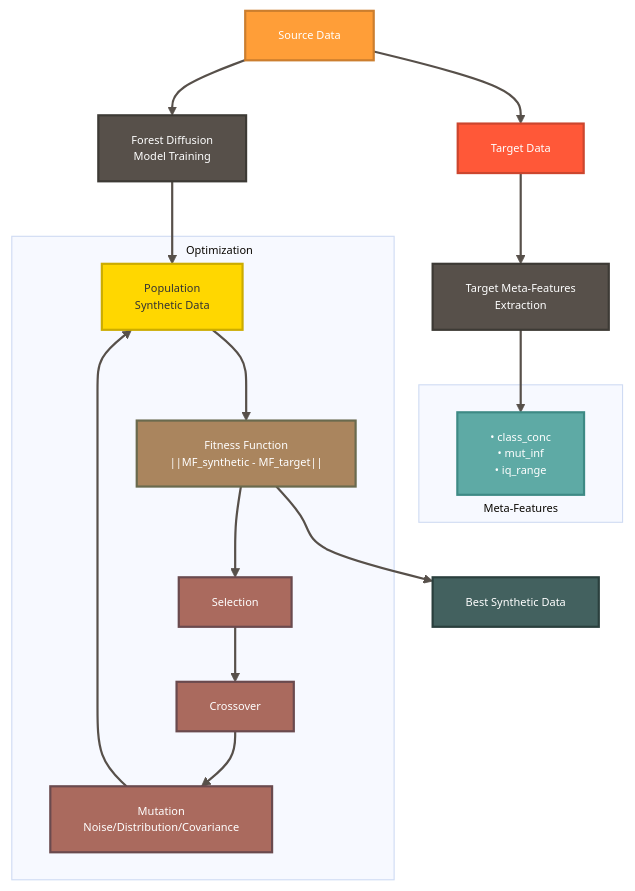
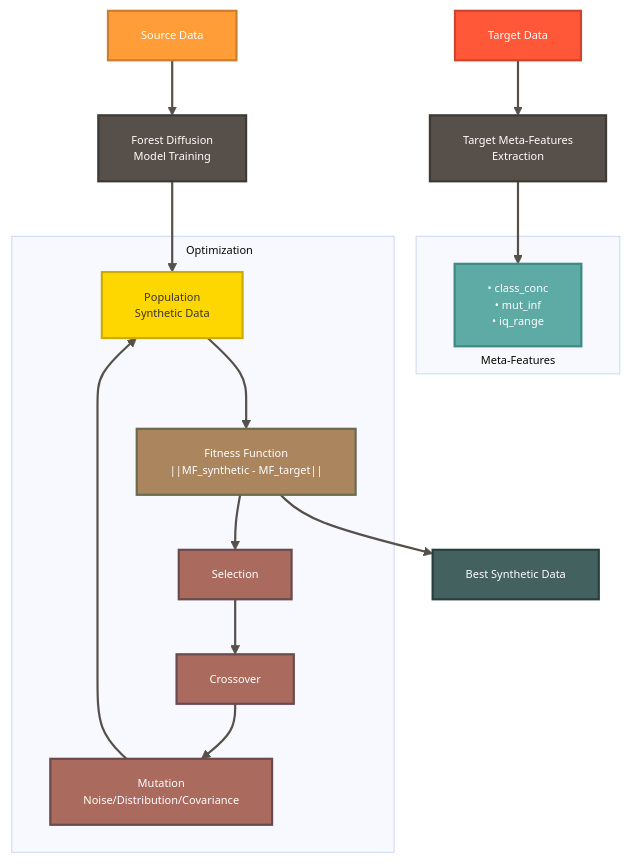
The second of 2 diagrams in README.md (ITMO-NSS-team/OOD_Tab_Evaluation), drawn with Mermaid before and after one commit. The commit also changed other lines of this file, not shown here.

````diff
--- a/README.md
+++ b/README.md
@@ -115,37 +115,36 @@
 ```mermaid
 %%{init: {'theme': 'base', 'themeVariables': { 'fontSize': '10px' }}}%%
 graph TD
-    A[Source Data] --> B[Target Data]
-    A --> C[Forest Diffusion<br/>Model Training]
-    B --> D[Target Meta-Features<br/>Extraction]
+    A[Source Data] --> C[Forest Diffusion<br/>Model Training]
+    B[Target Data] --> D[Target Meta-Features<br/>Extraction]
     
     subgraph Meta-Features["<div style='text-align: center; margin-top: 105px;'>Meta-Features</div>"]
         E["• class_conc<br/>• mut_inf<br/>• iq_range"]
     end
     
     subgraph Evolutionary Process["<div style='text-align: left; margin-top: 5px; margin-left: 30px;'>Optimization</div>"]
         F["Population<br/>Synthetic Data"] --> G["Fitness Function<br/>||MF_synthetic - MF_target||"]
         G --> H["Selection"]
         H --> I["Crossover"]
         I --> J["Mutation<br/>Noise/Distribution/Covariance"]
         J --> F
     end
     
     C --> F
     D --> E
     G --> K["Best Synthetic Data"]
     
     style A fill:#FF9E38,stroke:#CC7E2E,stroke-width:2px,color:#fff
     style B fill:#FF5838,stroke:#CC462E,stroke-width:2px,color:#fff
     style C fill:#57504A,stroke:#3D3A35,stroke-width:2px,color:#fff
     style D fill:#57504A,stroke:#3D3A35,stroke-width:2px,color:#fff
     style K fill:#43615F,stroke:#2A3F3D,stroke-width:2px,color:#fff
     style E fill:#5EAAA5,stroke:#3E8A85,stroke-width:2px,color:#fff
     style F fill:#FFD700,stroke:#CCAC00,stroke-width:2px
     style G fill:#AA855E,stroke:#6A6A4E,stroke-width:2px,color:#fff
     style H fill:#AA6A5E,stroke:#6A4A4E,stroke-width:2px,color:#fff
     style I fill:#AA6A5E,stroke:#6A4A4E,stroke-width:2px,color:#fff
     style J fill:#AA6A5E,stroke:#6A4A4E,stroke-width:2px,color:#fff
     
     linkStyle default stroke:#57504A,stroke-width:2px
 ```
````
